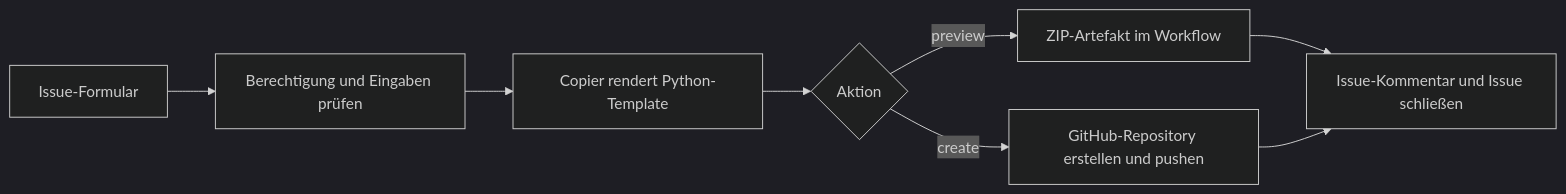
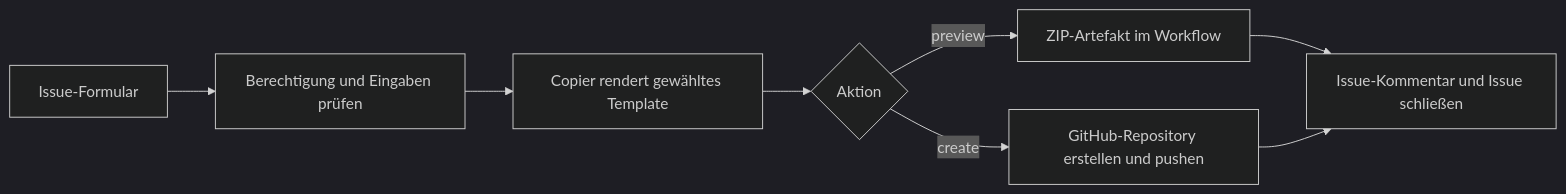
The diagram in README.md (sraisl/template-copier-demo), drawn with Mermaid (dark theme) before and after one commit. The commit also changed other lines of this file and 7 other files, not shown here.

````diff
--- a/README.md
+++ b/README.md
@@ -7,10 +7,10 @@
 ```mermaid
 flowchart LR
     A[Issue-Formular] --> B[Berechtigung und Eingaben prüfen]
-    B --> C[Copier rendert Python-Template]
+    B --> C[Copier rendert gewähltes Template]
     C --> D{Aktion}
     D -->|preview| E[ZIP-Artefakt im Workflow]
     D -->|create| F[GitHub-Repository erstellen und pushen]
     E --> G[Issue-Kommentar und Issue schließen]
     F --> G
 ```
````
